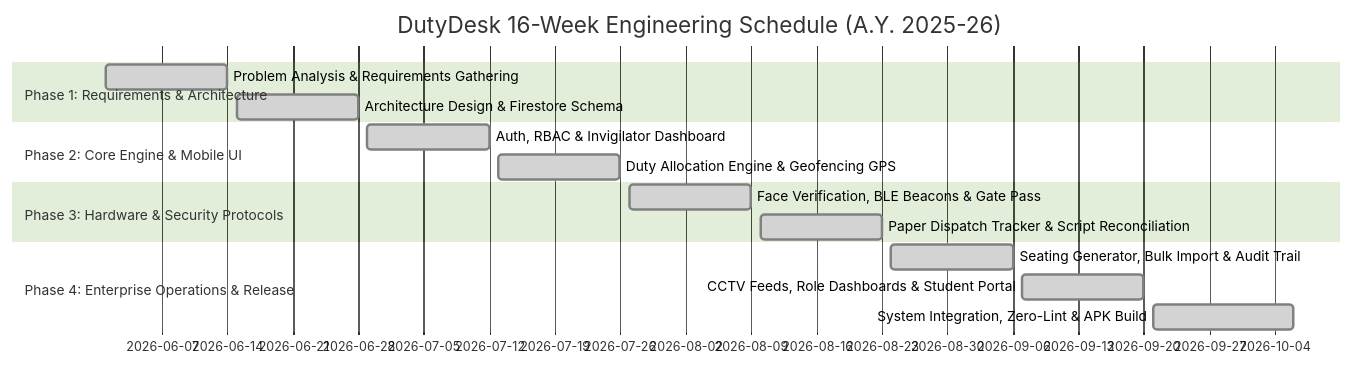
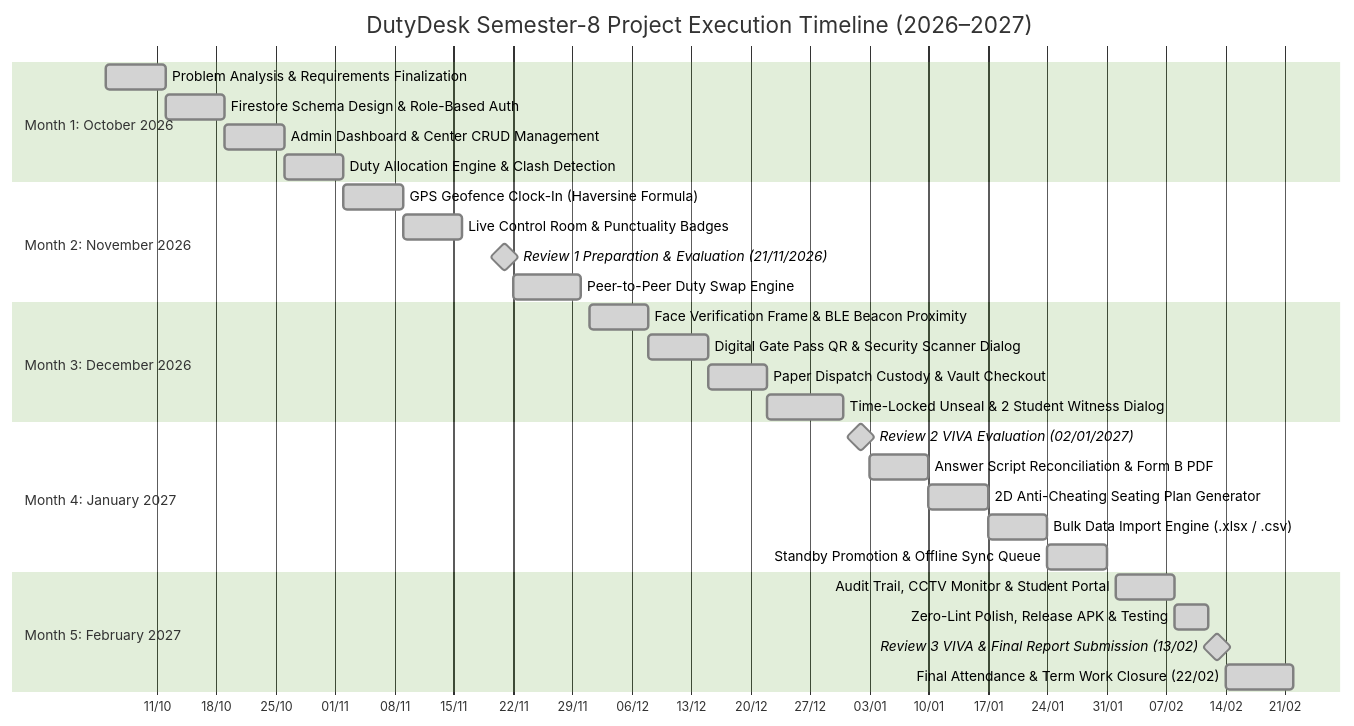
The first of 16 diagrams in DutyDesk_Sem8_Major_Project_Report.md (rajnishsinh2003/DutyDesk), drawn with Mermaid (forest theme) before and after one commit. The commit also changed other lines of this file and 1 other file, not shown here.

Commit message:
Update Sem-8 Major Project Report with all diagrams and details

````diff
--- a/DutyDesk_Sem8_Major_Project_Report.md
+++ b/DutyDesk_Sem8_Major_Project_Report.md
@@ -452,18 +500,32 @@
 ```mermaid
 gantt
-    title DutyDesk 16-Week Engineering Schedule (A.Y. 2025-26)
+    title DutyDesk Semester-8 Project Execution Timeline (2026–2027)
     dateFormat  YYYY-MM-DD
-    section Phase 1: Requirements & Architecture
-    Problem Analysis & Requirements Gathering    :done, 2026-06-01, 2026-06-14
-    Architecture Design & Firestore Schema       :done, 2026-06-15, 2026-06-28
-    section Phase 2: Core Engine & Mobile UI
-    Auth, RBAC & Invigilator Dashboard          :done, 2026-06-29, 2026-07-12
-    Duty Allocation Engine & Geofencing GPS     :done, 2026-07-13, 2026-07-26
-    section Phase 3: Hardware & Security Protocols
-    Face Verification, BLE Beacons & Gate Pass  :done, 2026-07-27, 2026-08-09
-    Paper Dispatch Tracker & Script Reconciliation :done, 2026-08-10, 2026-08-23
-    section Phase 4: Enterprise Operations & Release
-    Seating Generator, Bulk Import & Audit Trail:done, 2026-08-24, 2026-09-06
-    CCTV Feeds, Role Dashboards & Student Portal:done, 2026-09-07, 2026-09-20
-    System Integration, Zero-Lint & APK Build   :done, 2026-09-21, 2026-10-06
+    axisFormat  %d/%m
+    section Month 1: October 2026
+    Problem Analysis & Requirements Finalization :done, 2026-10-05, 2026-10-12
+    Firestore Schema Design & Role-Based Auth      :done, 2026-10-12, 2026-10-19
+    Admin Dashboard & Center CRUD Management       :done, 2026-10-19, 2026-10-26
+    Duty Allocation Engine & Clash Detection       :done, 2026-10-26, 2026-11-02
+    section Month 2: November 2026
+    GPS Geofence Clock-In (Haversine Formula)     :done, 2026-11-02, 2026-11-09
+    Live Control Room & Punctuality Badges         :done, 2026-11-09, 2026-11-16
+    Review 1 Preparation & Evaluation (21/11/2026) :milestone, done, 2026-11-21, 2026-11-21
+    Peer-to-Peer Duty Swap Engine                  :done, 2026-11-22, 2026-11-30
+    section Month 3: December 2026
+    Face Verification Frame & BLE Beacon Proximity :done, 2026-12-01, 2026-12-08
+    Digital Gate Pass QR & Security Scanner Dialog :done, 2026-12-08, 2026-12-15
+    Paper Dispatch Custody & Vault Checkout        :done, 2026-12-15, 2026-12-22
+    Time-Locked Unseal & 2 Student Witness Dialog  :done, 2026-12-22, 2026-12-31
+    section Month 4: January 2027
+    Review 2 VIVA Evaluation (02/01/2027)          :milestone, done, 2027-01-02, 2027-01-02
+    Answer Script Reconciliation & Form B PDF      :done, 2027-01-03, 2027-01-10
+    2D Anti-Cheating Seating Plan Generator        :done, 2027-01-10, 2027-01-17
+    Bulk Data Import Engine (.xlsx / .csv)         :done, 2027-01-17, 2027-01-24
+    Standby Promotion & Offline Sync Queue         :done, 2027-01-24, 2027-01-31
+    section Month 5: February 2027
+    Audit Trail, CCTV Monitor & Student Portal     :done, 2027-02-01, 2027-02-08
+    Zero-Lint Polish, Release APK & Testing        :done, 2027-02-08, 2027-02-12
+    Review 3 VIVA & Final Report Submission (13/02):milestone, done, 2027-02-13, 2027-02-13
+    Final Attendance & Term Work Closure (22/02)   :done, 2027-02-14, 2027-02-22
 ```
````
